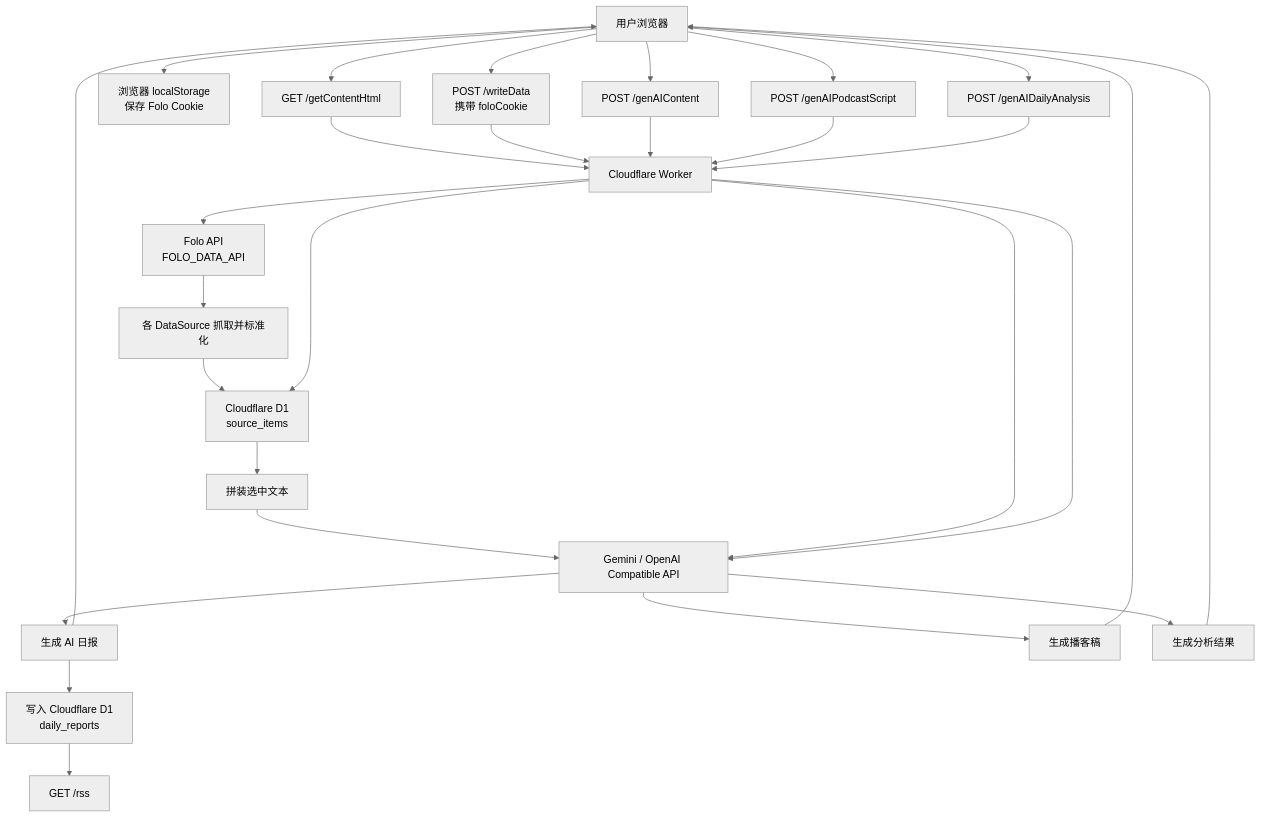
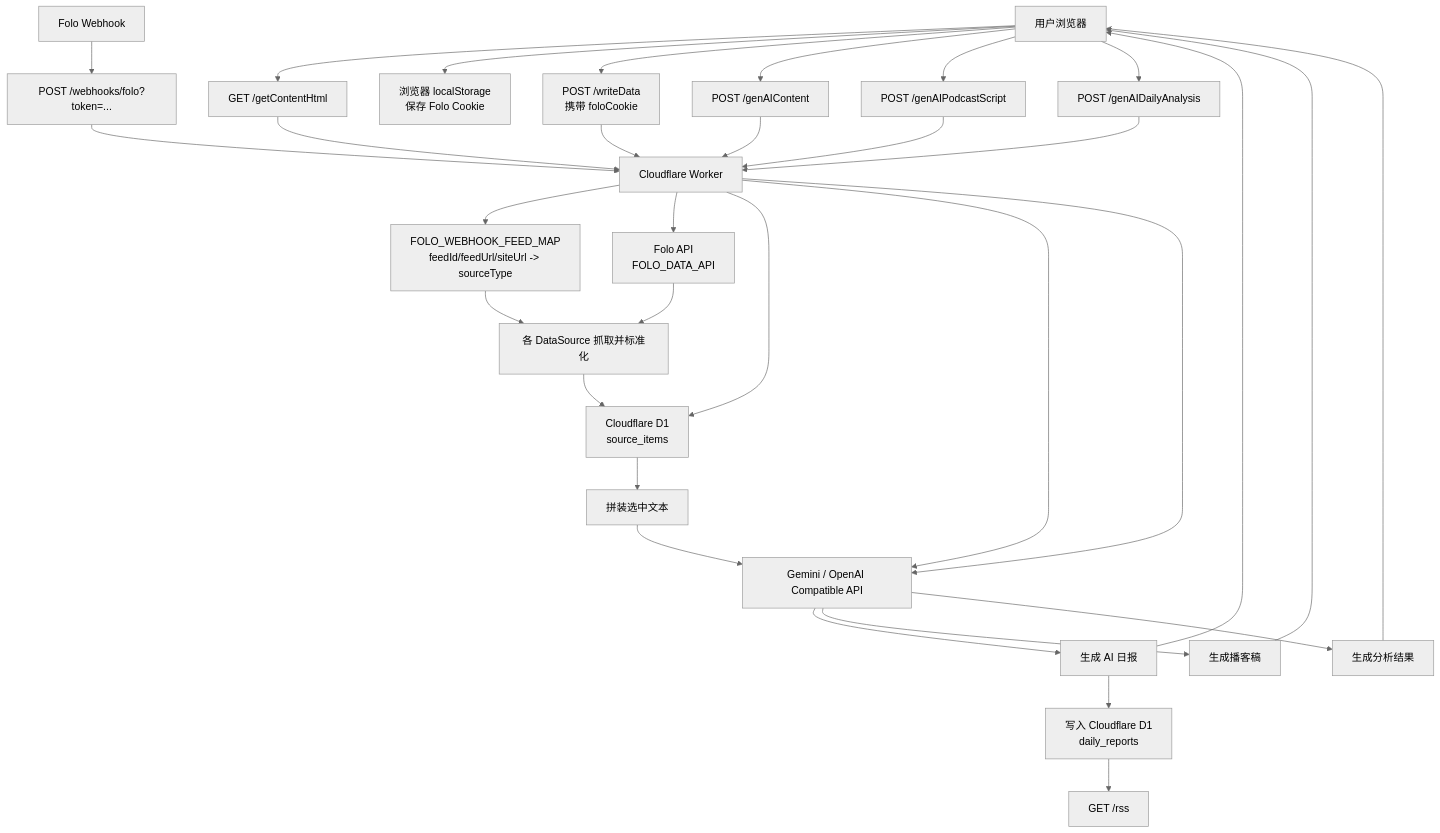
One commit to wenson/CloudFlare-AI-Insight-Daily changed the first of 2 diagrams in docs/DATA_FLOW.md. Above: the diagram before and after it, drawn with Mermaid (neutral theme). The commit also changed other lines of this file and 9 other files, not shown here.

Commit message:
feat: add folo webhook endpoint

````diff
--- a/docs/DATA_FLOW.md
+++ b/docs/DATA_FLOW.md
@@ -11,36 +11,41 @@
 ```mermaid
 flowchart TD
     U[用户浏览器] --> A[GET /getContentHtml]
     A --> W[Cloudflare Worker]
 
     U --> B[浏览器 localStorage<br/>保存 Folo Cookie]
     U --> C[POST /writeData<br/>携带 foloCookie]
     C --> W
 
+    Q[Folo Webhook] --> R[POST /webhooks/folo?token=...]
+    R --> W
+    W --> S[FOLO_WEBHOOK_FEED_MAP<br/>feedId/feedUrl/siteUrl -> sourceType]
+
     W --> D1[Folo API<br/>FOLO_DATA_API]
     D1 --> E[各 DataSource 抓取并标准化]
+    S --> E
     E --> F[Cloudflare D1<br/>source_items]
 
     U --> G[POST /genAIContent]
     G --> W
     W --> F
     F --> H[拼装选中文本]
     H --> I[Gemini / OpenAI Compatible API]
     I --> J[生成 AI 日报]
     J --> U
 
     U --> K[POST /genAIPodcastScript]
     K --> W
     W --> I
     I --> L[生成播客稿]
     L --> U
 
     J --> O[写入 Cloudflare D1<br/>daily_reports]
     O --> P[GET /rss]
 
     U --> M[POST /genAIDailyAnalysis]
     M --> W
     W --> I
     I --> N[生成分析结果]
     N --> U
 ```
````
